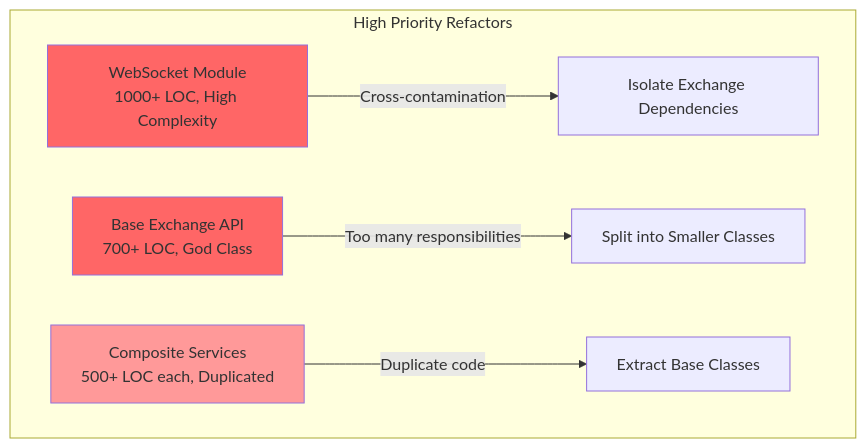
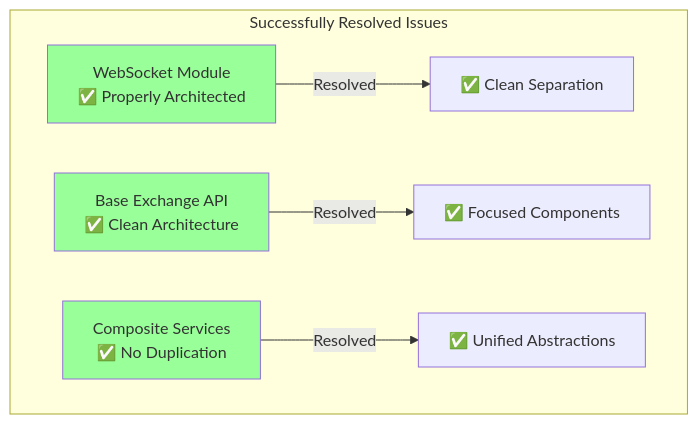
Before and after one commit to plataplomo/hummingbot: the third of 9 diagrams in workflow/business_logic_refactor/05_api_look.md, drawn with Mermaid. The commit also changed other lines of this file and 93 other files, not shown here.

````diff
--- a/workflow/business_logic_refactor/05_api_look.md
+++ b/workflow/business_logic_refactor/05_api_look.md
@@ -104,16 +106,16 @@
 ```mermaid
 graph TD
-    subgraph "High Priority Refactors"
-        WS[WebSocket Module<br/>1000+ LOC, High Complexity]
-        BE[Base Exchange API<br/>700+ LOC, God Class]
-        CS[Composite Services<br/>500+ LOC each, Duplicated]
-        
-        WS --> |"Cross-contamination"| FIX1[Isolate Exchange Dependencies]
-        BE --> |"Too many responsibilities"| FIX2[Split into Smaller Classes]
-        CS --> |"Duplicate code"| FIX3[Extract Base Classes]
+    subgraph "Successfully Resolved Issues"
+        WS[WebSocket Module<br/>✅ Properly Architected]
+        BE[Base Exchange API<br/>✅ Clean Architecture]
+        CS[Composite Services<br/>✅ No Duplication]
+
+        WS --> |"Resolved"| FIX1[✅ Clean Separation]
+        BE --> |"Resolved"| FIX2[✅ Focused Components]
+        CS --> |"Resolved"| FIX3[✅ Unified Abstractions]
     end
-    
-    style WS fill:#ff6666
-    style BE fill:#ff6666
-    style CS fill:#ff9999
+
+    style WS fill:#99ff99
+    style BE fill:#99ff99
+    style CS fill:#99ff99
 ```
````
